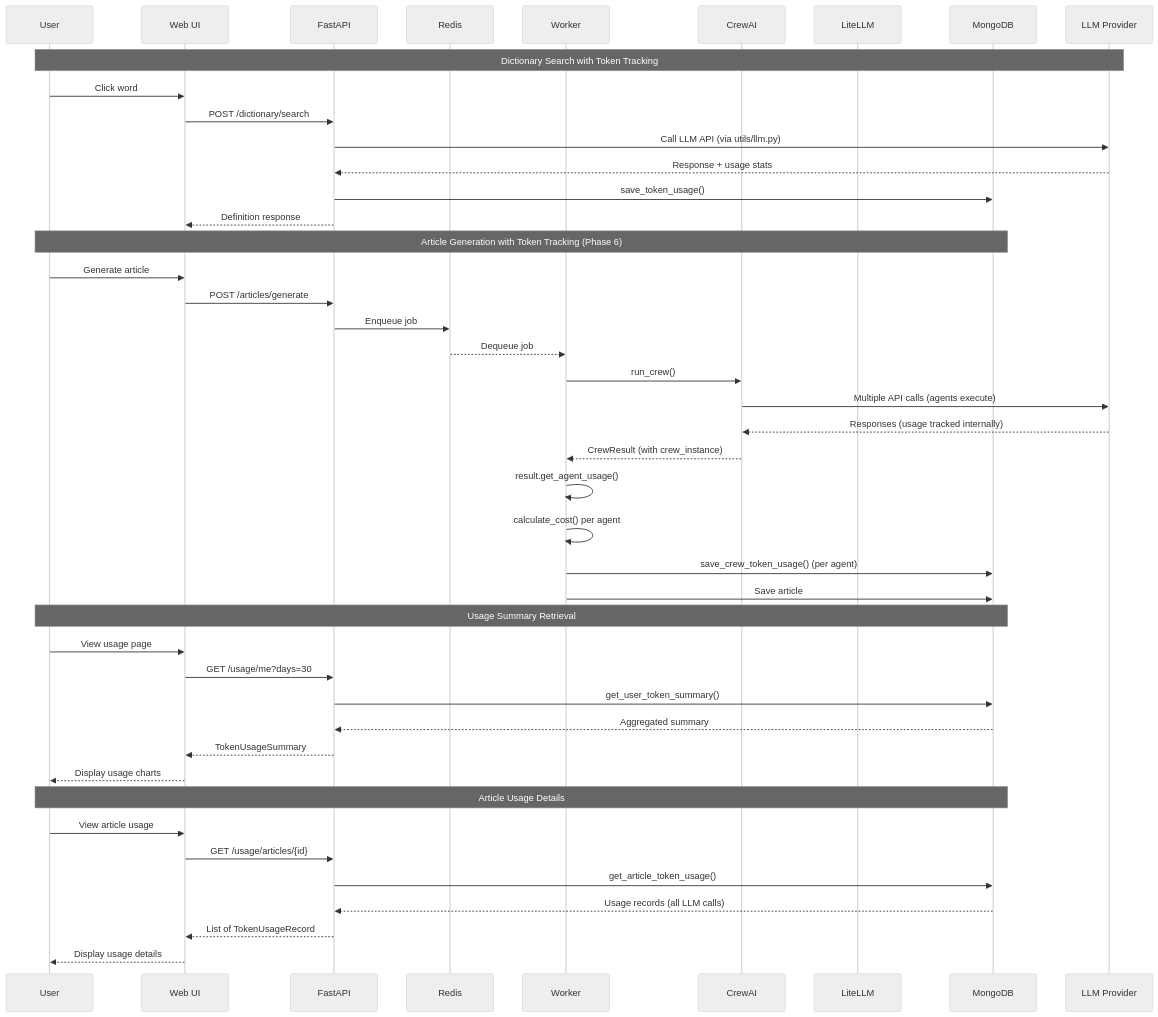
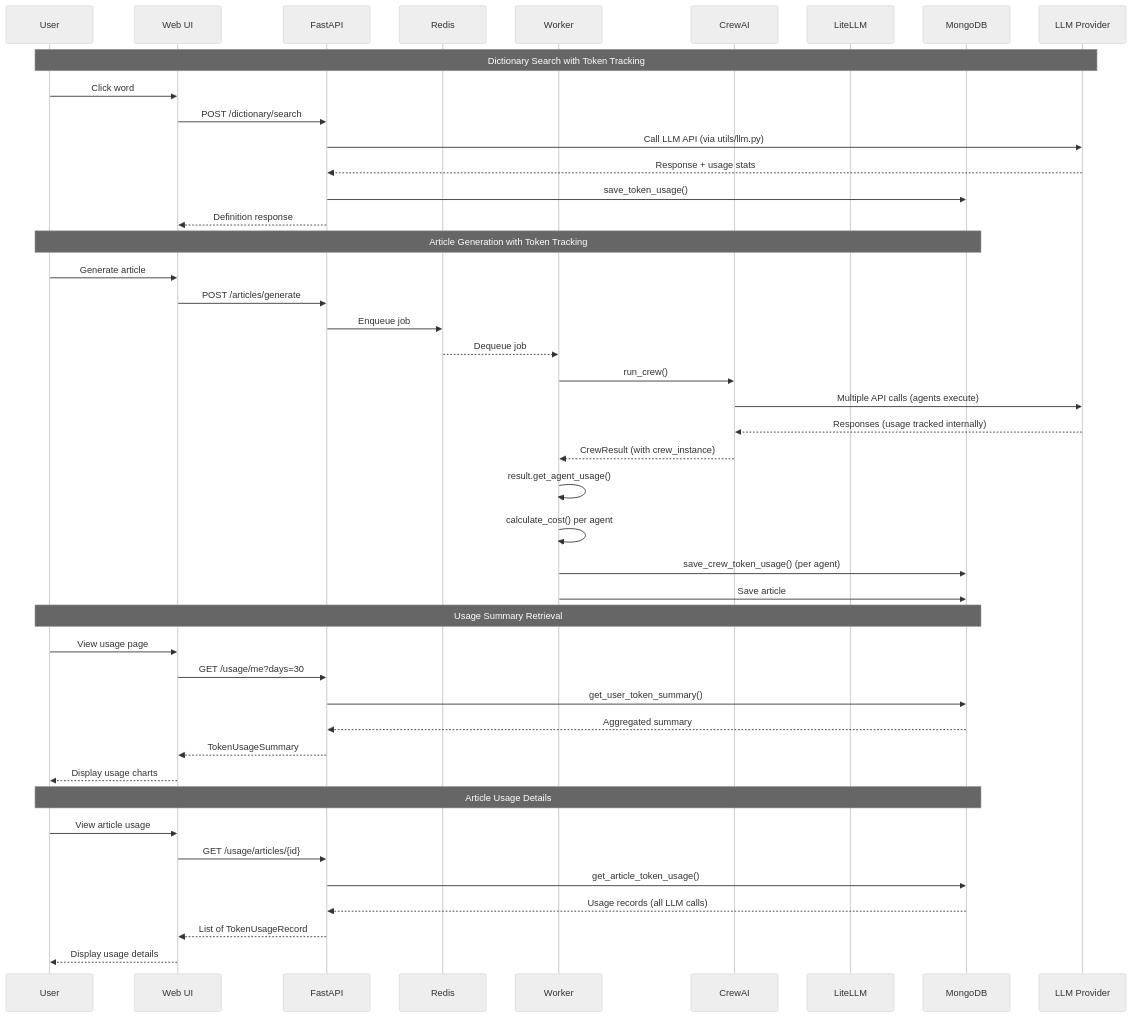
Before and after one commit to seung-gu/opad: the third of 5 diagrams in docs/ARCHITECTURE.md, drawn with Mermaid (neutral theme). The commit also changed other lines of this file and 17 other files, not shown here.

````diff
--- a/docs/ARCHITECTURE.md
+++ b/docs/ARCHITECTURE.md
@@ -470,50 +431,50 @@
 ```mermaid
 sequenceDiagram
     participant User
     participant WebUI as Web UI
     participant API as FastAPI
     participant Redis
     participant Worker
     participant CrewAI
     participant LiteLLM
     participant MongoDB
     participant LLM as LLM Provider
 
     Note over User,LLM: Dictionary Search with Token Tracking
     User->>WebUI: Click word
     WebUI->>API: POST /dictionary/search
     API->>LLM: Call LLM API (via utils/llm.py)
     LLM-->>API: Response + usage stats
     API->>MongoDB: save_token_usage()
     API-->>WebUI: Definition response
 
-    Note over User,MongoDB: Article Generation with Token Tracking (Phase 6)
+    Note over User,MongoDB: Article Generation with Token Tracking
     User->>WebUI: Generate article
     WebUI->>API: POST /articles/generate
     API->>Redis: Enqueue job
     Redis-->>Worker: Dequeue job
     Worker->>CrewAI: run_crew()
     CrewAI->>LLM: Multiple API calls (agents execute)
     LLM-->>CrewAI: Responses (usage tracked internally)
     CrewAI-->>Worker: CrewResult (with crew_instance)
     Worker->>Worker: result.get_agent_usage()
     Worker->>Worker: calculate_cost() per agent
     Worker->>MongoDB: save_crew_token_usage() (per agent)
     Worker->>MongoDB: Save article
 
     Note over User,MongoDB: Usage Summary Retrieval
     User->>WebUI: View usage page
     WebUI->>API: GET /usage/me?days=30
     API->>MongoDB: get_user_token_summary()
     MongoDB-->>API: Aggregated summary
     API-->>WebUI: TokenUsageSummary
     WebUI-->>User: Display usage charts
 
     Note over User,MongoDB: Article Usage Details
     User->>WebUI: View article usage
     WebUI->>API: GET /usage/articles/{id}
     API->>MongoDB: get_article_token_usage()
     MongoDB-->>API: Usage records (all LLM calls)
     API-->>WebUI: List of TokenUsageRecord
     WebUI-->>User: Display usage details
 ```
````
